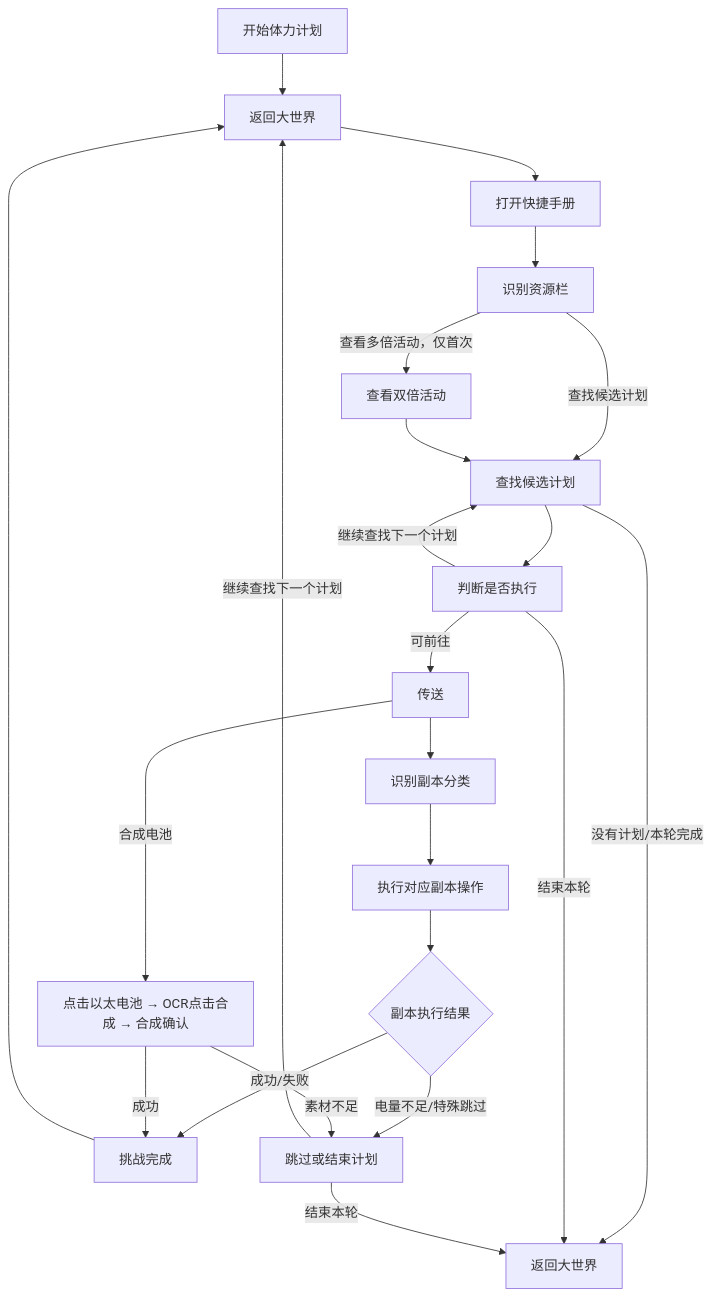
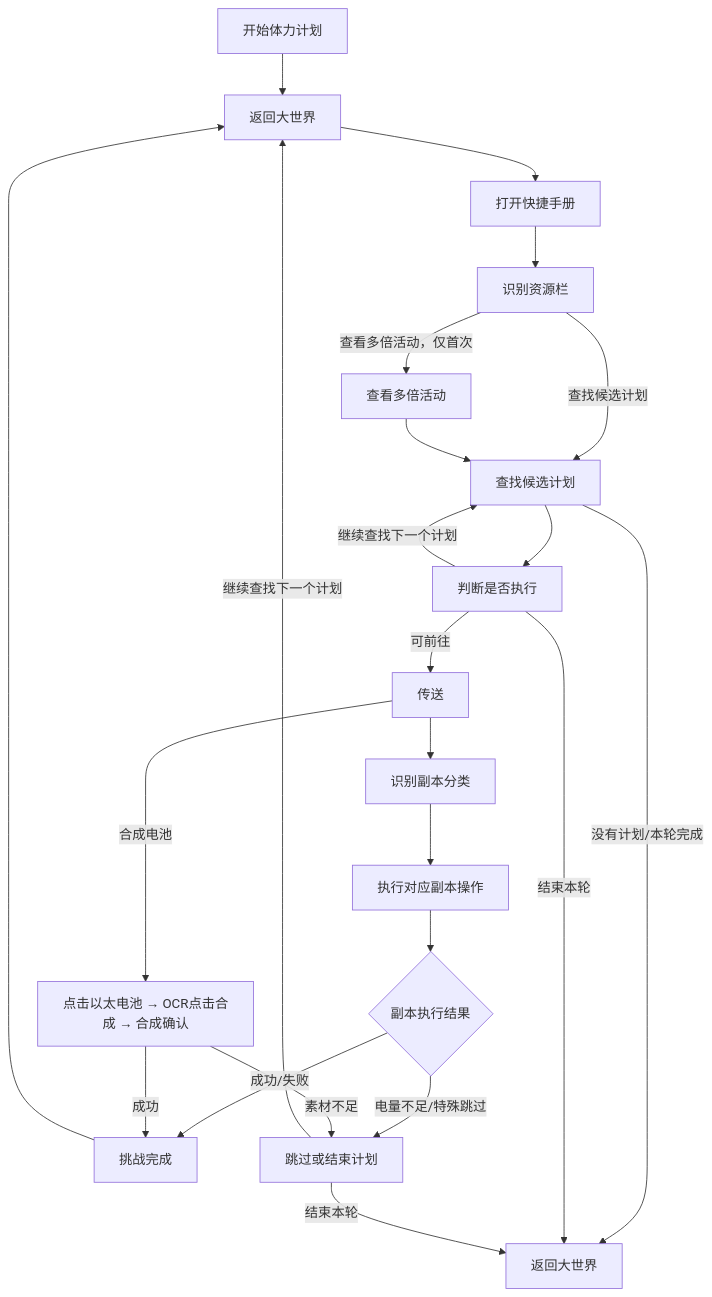
The diagram in docs/develop/zzz/application/charge_plan.md (Usagi-wusaqi/ZenlessZoneZero-OneDragon), drawn with Mermaid before and after one commit. The commit also changed other lines of this file and 3 other files, not shown here.

````diff
--- a/docs/develop/zzz/application/charge_plan.md
+++ b/docs/develop/zzz/application/charge_plan.md
@@ -198,25 +198,25 @@
 ```mermaid
 graph TD
     A["开始体力计划"] --> B0["返回大世界"]
     B0 --> B["打开快捷手册"]
     B --> C["识别资源栏"]
-    C -->|查看多倍活动，仅首次| C2["查看双倍活动"]
+    C -->|查看多倍活动，仅首次| C2["查看多倍活动"]
     C -->|查找候选计划| D["查找候选计划"]
     C2 --> D
     D --> E["判断是否执行"]
     D -->|没有计划/本轮完成| J["返回大世界"]
     E -->|可前往| H["传送"]
     E -->|继续查找下一个计划| D
     E -->|结束本轮| J
     H -->|合成电池| EB["点击以太电池 → OCR点击合成 → 合成确认"]
     H --> K["识别副本分类"]
     K --> L["执行对应副本操作"]
     L --> M{"副本执行结果"}
     M -->|成功/失败| N["挑战完成"]
     M -->|电量不足/特殊跳过| Q["跳过或结束计划"]
     EB -->|成功| N
     EB -->|素材不足| Q
     N --> B0
     Q -->|继续查找下一个计划| B0
     Q -->|结束本轮| J
 ```
````
